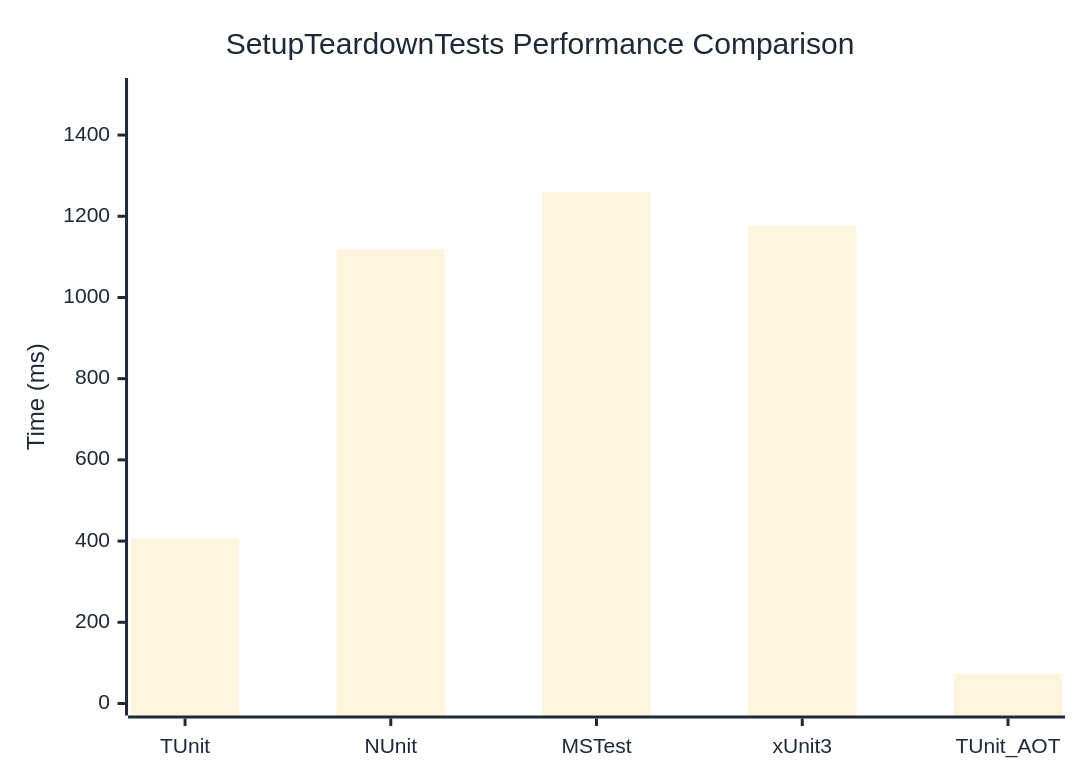
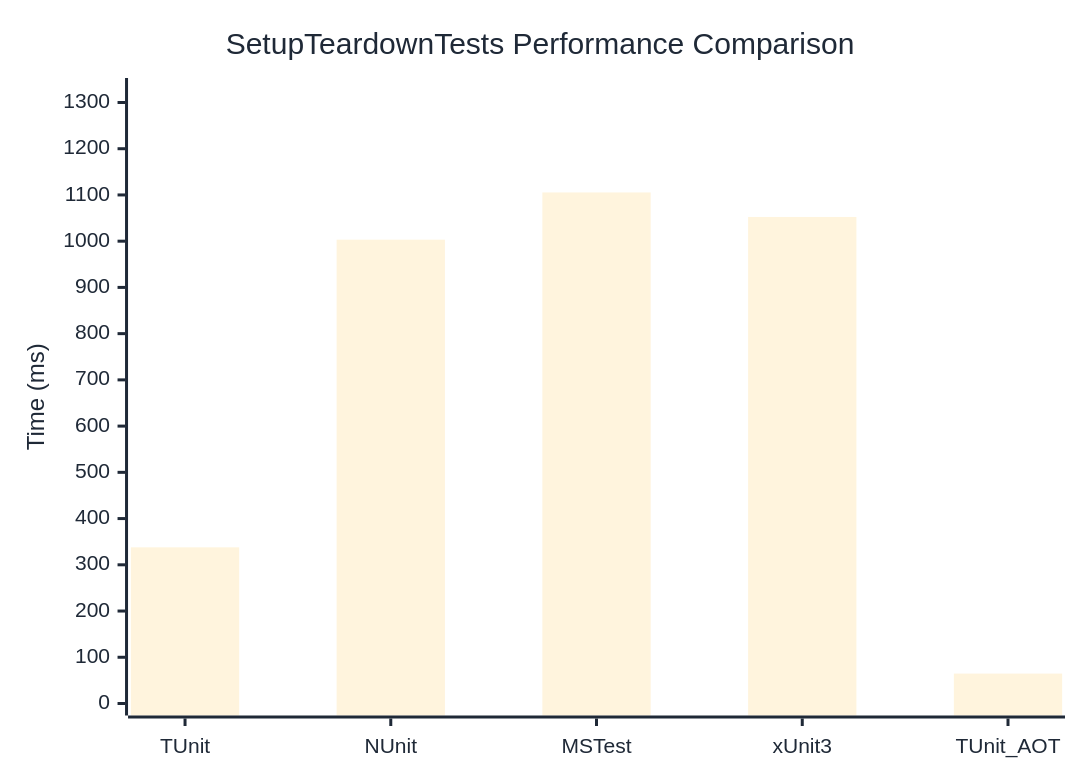
One commit to thomhurst/TUnit changed the diagram in docs/docs/benchmarks/engine/SetupTeardownTests.md. Above: the diagram before and after it, drawn with Mermaid. The commit also changed other lines of this file and 18 other files, not shown here.

````diff
--- a/docs/docs/benchmarks/engine/SetupTeardownTests.md
+++ b/docs/docs/benchmarks/engine/SetupTeardownTests.md
@@ -29,37 +29,37 @@
 ```mermaid
 %%{init: {
   'theme':'base',
   'themeVariables': {
     'primaryColor': '#2563eb',
     'primaryTextColor': '#1f2937',
     'primaryBorderColor': '#1e40af',
     'lineColor': '#6b7280',
     'secondaryColor': '#7c3aed',
     'tertiaryColor': '#dc2626',
     'background': '#ffffff',
     'mainBkg': '#2563eb',
     'secondBkg': '#7c3aed',
     'tertiaryBkg': '#dc2626',
     'clusterBkg': '#f3f4f6',
     'edgeLabelBackground': '#ffffff',
     'tertiaryTextColor': '#1f2937',
     'pie1': '#2563eb',
     'pie2': '#7c3aed',
     'pie3': '#dc2626',
     'pie4': '#f59e0b',
     'pie5': '#10b981',
     'pie6': '#06b6d4',
     'pie7': '#ec4899',
     'pie8': '#6366f1',
     'pie9': '#84cc16',
     'pie10': '#f97316',
     'pie11': '#14b8a6',
     'pie12': '#a855f7'
   }
 }}%%
 xychart-beta
   title "SetupTeardownTests Performance Comparison"
   x-axis ["TUnit", "NUnit", "MSTest", "xUnit3", "TUnit_AOT"]
-  y-axis "Time (ms)" 0 --> 1511
-  bar [406.97, 1118.71, 1258.79, 1175.88, 73.25]
+  y-axis "Time (ms)" 0 --> 1327
+  bar [337.77, 1003.23, 1105.44, 1052.38, 64.7]
 ```
````
